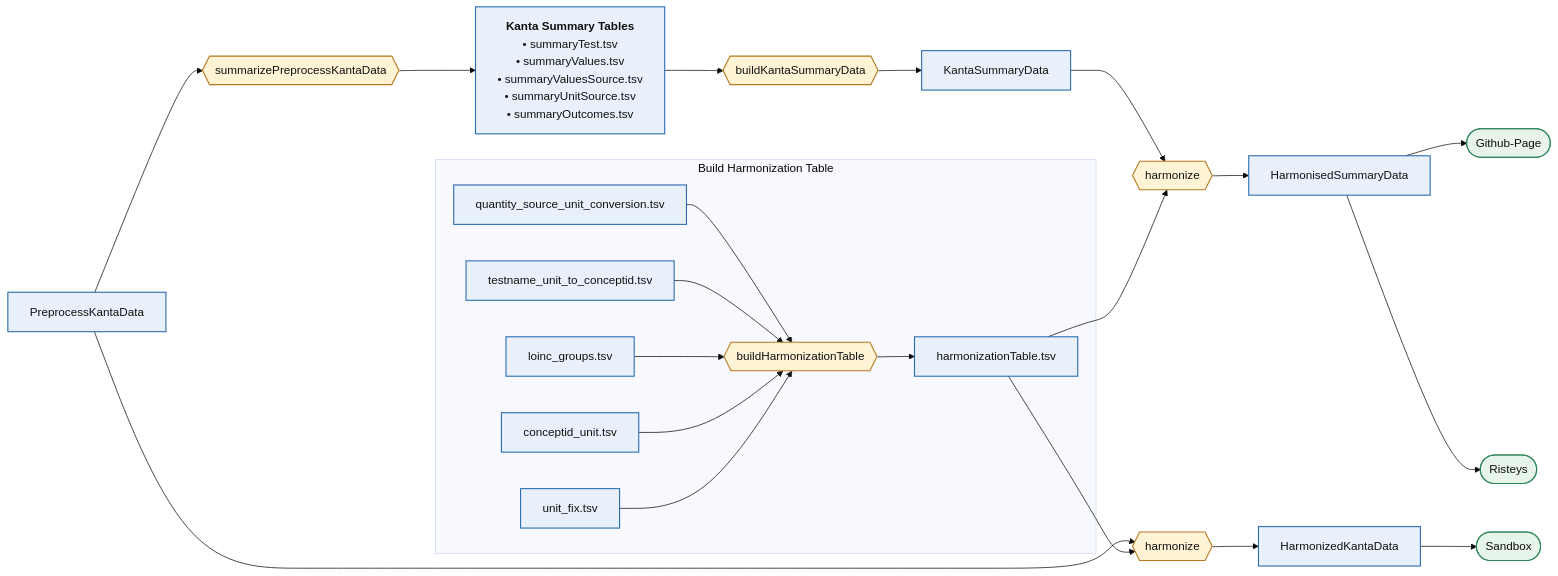
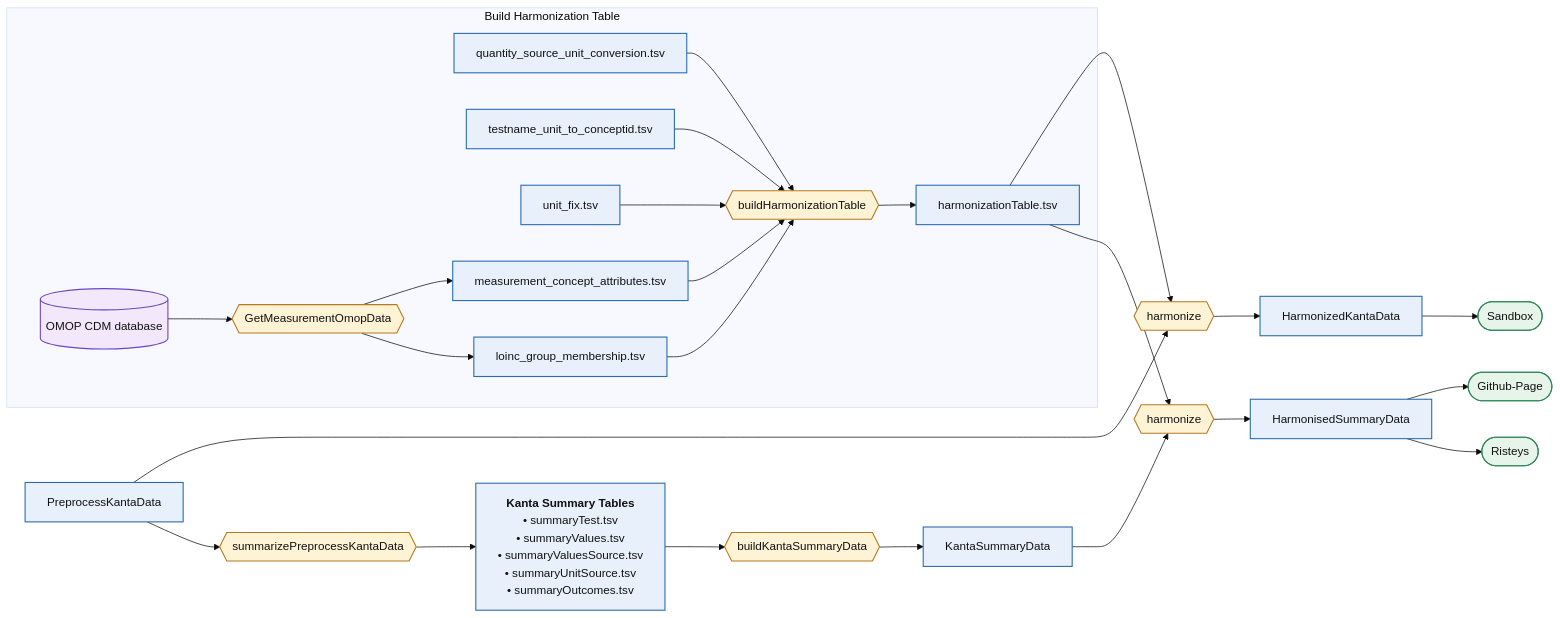
Before and after one commit to FINNGEN/kanta_lab_harmonisation_public: the diagram in DOCUMENTAION/Structure.md, drawn with Mermaid (base theme). The commit also changed other lines of this file and 2 other files, not shown here.

First line of the commit message:
Infra: Docs update Structure diagram and tables for mapping inputs

````diff
--- a/DOCUMENTAION/Structure.md
+++ b/DOCUMENTAION/Structure.md
@@ -5,50 +5,57 @@
 ```mermaid
 flowchart LR
-    %% Data = rectangles, Scripts = hexagons, Destinations = stadium
+    %% Data = rectangles, Scripts = hexagons, Databases = cylinders, Destinations = stadium
     RAW["PreprocessKantaData"]:::data
     SUM{{"summarizePreprocessKantaData"}}:::script
 
     SRC["<b>Kanta Summary Tables</b><br/>• summaryTest.tsv<br/>• summaryValues.tsv<br/>• summaryValuesSource.tsv<br/>• summaryUnitSource.tsv<br/>• summaryOutcomes.tsv"]:::data
 
     GSD{{"buildKantaSummaryData"}}:::script
     SUMDATA["KantaSummaryData"]:::data
 
     subgraph MAP["Build Harmonization Table"]
         M1["quantity_source_unit_conversion.tsv"]:::data
         M2["testname_unit_to_conceptid.tsv"]:::data
-        M3["loinc_groups.tsv"]:::data
-        M4["conceptid_unit.tsv"]:::data
         M5["unit_fix.tsv"]:::data
+        OMOPDB[("OMOP CDM database")]:::db
+        GETOMOP{{"GetMeasurementOmopData"}}:::script
+        M6["measurement_concept_attributes.tsv"]:::data
+        M7["loinc_group_membership.tsv"]:::data
         COMB{{"buildHarmonizationTable"}}:::script
         HTAB["harmonizationTable.tsv"]:::data
     end
 
     HARMRAW{{"harmonize"}}:::script
     HARMSUM{{"harmonize"}}:::script
     HKANTA["HarmonizedKantaData"]:::data
     HSUM["HarmonisedSummaryData"]:::data
     SANDBOX(["Sandbox"]):::dest
     GHP(["Github-Page"]):::dest
     RIS(["Risteys"]):::dest
 
+    RAW --> HARMRAW
     RAW --> SUM --> SRC
     SRC --> GSD --> SUMDATA
     M1 --> COMB
     M2 --> COMB
-    M3 --> COMB
-    M4 --> COMB
     M5 --> COMB
+    OMOPDB --> GETOMOP
+    GETOMOP --> M6
+    GETOMOP --> M7
+    M6 --> COMB
+    M7 --> COMB
     COMB --> HTAB
-    RAW --> HARMRAW
     HTAB --> HARMRAW
     SUMDATA --> HARMSUM
     HTAB --> HARMSUM
-    HARMRAW --> HKANTA --> SANDBOX
     HARMSUM --> HSUM
     HSUM --> GHP
     HSUM --> RIS
+    HARMRAW --> HKANTA --> SANDBOX
+    
 
     classDef data fill:#e8f1fb,stroke:#2b6cb0,stroke-width:1.5px,color:#111;
     classDef script fill:#fff3d6,stroke:#b7791f,stroke-width:1.5px,color:#111;
+    classDef db fill:#f3e8fb,stroke:#6b46c1,stroke-width:1.5px,color:#111;
     classDef dest fill:#e6f4ea,stroke:#2f855a,stroke-width:1.5px,color:#111;
 ```
````
